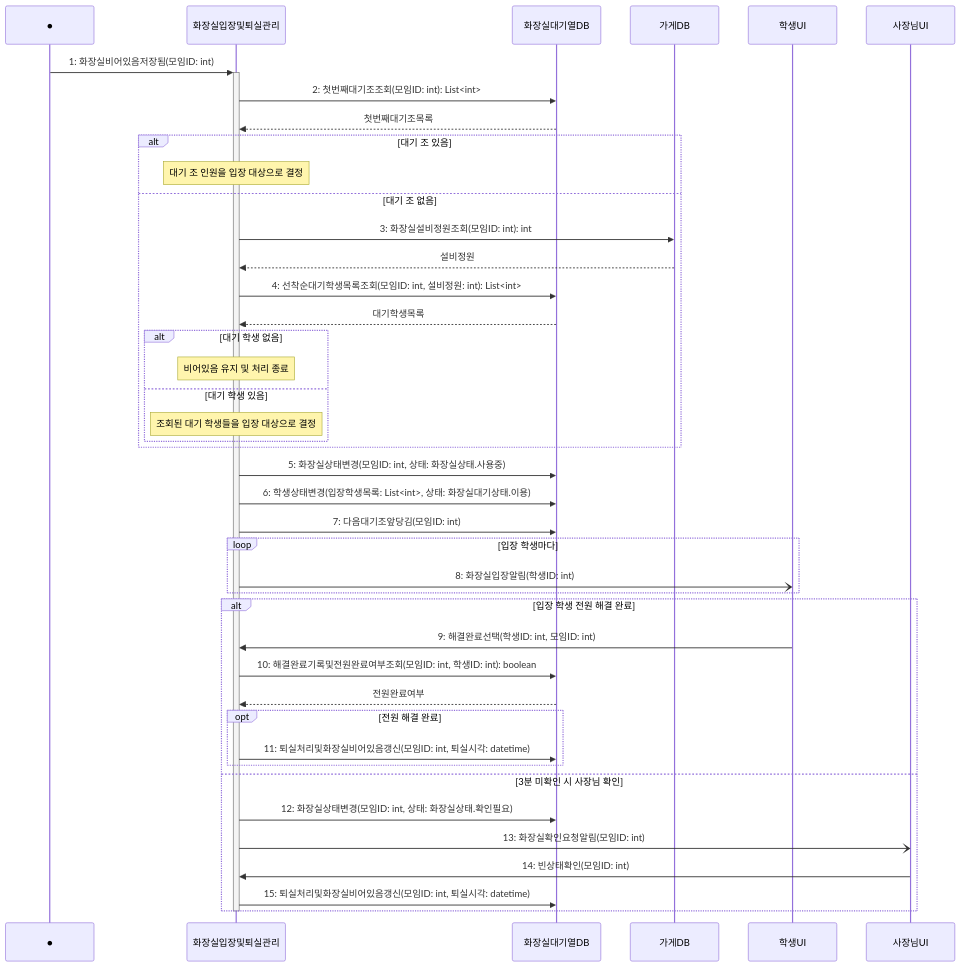
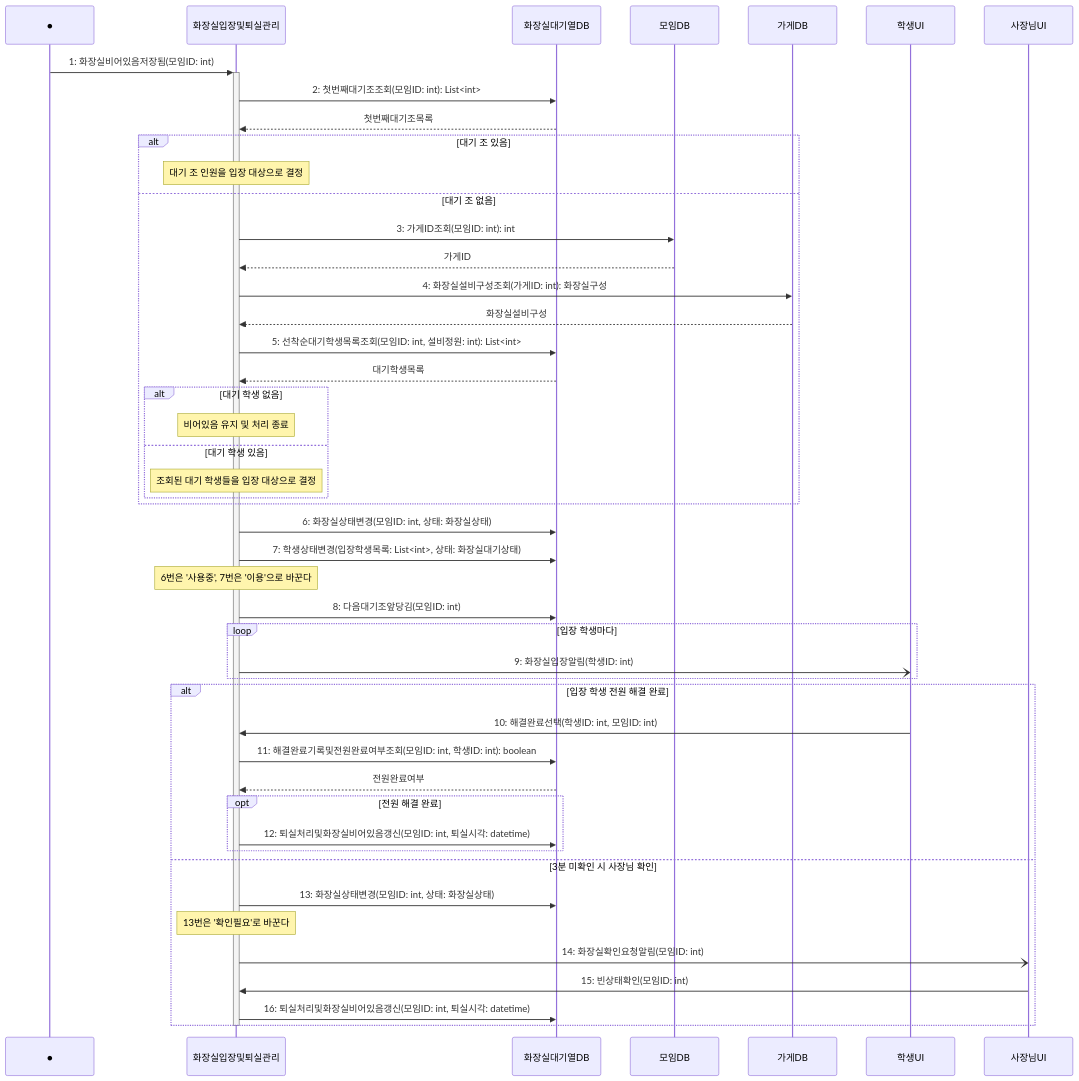
One commit to hojae3/sw-engineering-16 changed the diagram in sequence/seq-18-2.md. Above: the diagram before and after it, drawn with Mermaid. The commit also changed other lines of this file and 35 other files, not shown here.

````diff
--- a/sequence/seq-18-2.md
+++ b/sequence/seq-18-2.md
@@ -24,49 +25,54 @@
 ```mermaid
 sequenceDiagram
     participant Found as ●
     participant 관리 as 화장실입장및퇴실관리
     participant 화장실DB as 화장실대기열DB
+    participant 모임DB as 모임DB
     participant 가게DB as 가게DB
     participant 학생UI as 학생UI
     participant 사장님UI as 사장님UI
 
     Found->>+관리: 1: 화장실비어있음저장됨(모임ID: int)
     관리->>화장실DB: 2: 첫번째대기조조회(모임ID: int): List<int>
     화장실DB-->>관리: 첫번째대기조목록
     
     alt 대기 조 있음
         Note over 관리: 대기 조 인원을 입장 대상으로 결정
     else 대기 조 없음
-        관리->>가게DB: 3: 화장실설비정원조회(모임ID: int): int
-        가게DB-->>관리: 설비정원
-        관리->>화장실DB: 4: 선착순대기학생목록조회(모임ID: int, 설비정원: int): List<int>
+        관리->>모임DB: 3: 가게ID조회(모임ID: int): int
+        모임DB-->>관리: 가게ID
+        관리->>가게DB: 4: 화장실설비구성조회(가게ID: int): 화장실구성
+        가게DB-->>관리: 화장실설비구성
+        관리->>화장실DB: 5: 선착순대기학생목록조회(모임ID: int, 설비정원: int): List<int>
         화장실DB-->>관리: 대기학생목록
         alt 대기 학생 없음
             Note over 관리: 비어있음 유지 및 처리 종료
         else 대기 학생 있음
             Note over 관리: 조회된 대기 학생들을 입장 대상으로 결정
         end
     end
 
-    관리->>화장실DB: 5: 화장실상태변경(모임ID: int, 상태: 화장실상태.사용중)
-    관리->>화장실DB: 6: 학생상태변경(입장학생목록: List<int>, 상태: 화장실대기상태.이용)
-    관리->>화장실DB: 7: 다음대기조앞당김(모임ID: int)
+    관리->>화장실DB: 6: 화장실상태변경(모임ID: int, 상태: 화장실상태)
+    관리->>화장실DB: 7: 학생상태변경(입장학생목록: List<int>, 상태: 화장실대기상태)
+    Note over 관리: 6번은 '사용중', 7번은 '이용'으로 바꾼다
+    관리->>화장실DB: 8: 다음대기조앞당김(모임ID: int)
     loop 입장 학생마다
-        관리-)학생UI: 8: 화장실입장알림(학생ID: int)
+        관리-)학생UI: 9: 화장실입장알림(학생ID: int)
     end
 
     alt 입장 학생 전원 해결 완료
-        학생UI->>관리: 9: 해결완료선택(학생ID: int, 모임ID: int)
-        관리->>화장실DB: 10: 해결완료기록및전원완료여부조회(모임ID: int, 학생ID: int): boolean
+        학생UI->>관리: 10: 해결완료선택(학생ID: int, 모임ID: int)
+        관리->>화장실DB: 11: 해결완료기록및전원완료여부조회(모임ID: int, 학생ID: int): boolean
         화장실DB-->>관리: 전원완료여부
         opt 전원 해결 완료
-            관리->>화장실DB: 11: 퇴실처리및화장실비어있음갱신(모임ID: int, 퇴실시각: datetime)
+            관리->>화장실DB: 12: 퇴실처리및화장실비어있음갱신(모임ID: int, 퇴실시각: datetime)
         end
     else 3분 미확인 시 사장님 확인
-        관리->>화장실DB: 12: 화장실상태변경(모임ID: int, 상태: 화장실상태.확인필요)
-        관리-)사장님UI: 13: 화장실확인요청알림(모임ID: int)
-        사장님UI->>관리: 14: 빈상태확인(모임ID: int)
-        관리->>화장실DB: 15: 퇴실처리및화장실비어있음갱신(모임ID: int, 퇴실시각: datetime)
+        관리->>화장실DB: 13: 화장실상태변경(모임ID: int, 상태: 화장실상태)
+        Note over 관리: 13번은 '확인필요'로 바꾼다
+        관리-)사장님UI: 14: 화장실확인요청알림(모임ID: int)
+        사장님UI->>관리: 15: 빈상태확인(모임ID: int)
+        관리->>화장실DB: 16: 퇴실처리및화장실비어있음갱신(모임ID: int, 퇴실시각: datetime)
     end
     deactivate 관리
 ```
````
